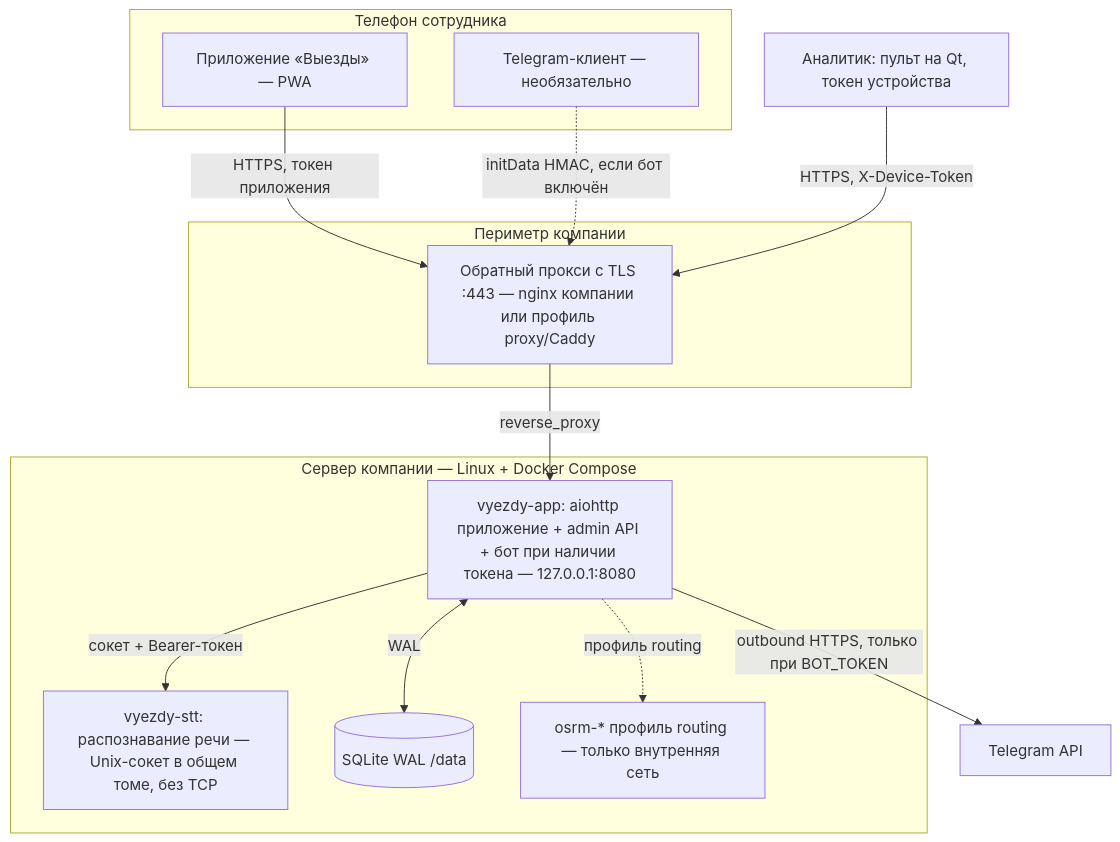
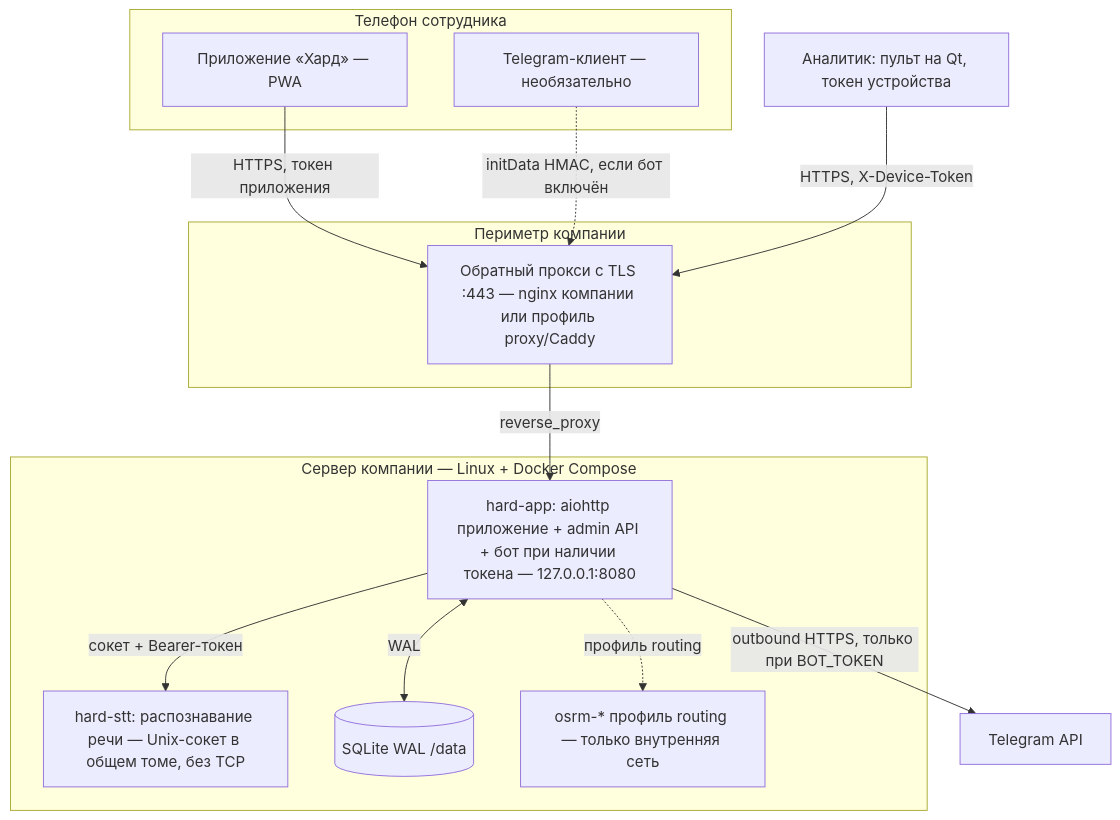
One commit to josephsteuerjr/hardbot changed the diagram in docs/security/01-architecture.md. Above: the diagram before and after it, drawn with Mermaid. The commit also changed other lines of this file and 62 other files, not shown here.

````diff
--- a/docs/security/01-architecture.md
+++ b/docs/security/01-architecture.md
@@ -40,26 +40,26 @@
 ```mermaid
 flowchart TB
   subgraph PHONE[Телефон сотрудника]
-    U[Приложение «Выезды» — PWA]
+    U[Приложение «Хард» — PWA]
     T[Telegram-клиент — необязательно]
   end
   subgraph EDGE[Периметр компании]
     PROXY[Обратный прокси с TLS :443 — nginx компании или профиль proxy/Caddy]
   end
   subgraph HOST[Сервер компании — Linux + Docker Compose]
-    APP[vyezdy-app: aiohttp приложение + admin API + бот при наличии токена — 127.0.0.1:8080]
-    STT[vyezdy-stt: распознавание речи — Unix-сокет в общем томе, без TCP]
+    APP[hard-app: aiohttp приложение + admin API + бот при наличии токена — 127.0.0.1:8080]
+    STT[hard-stt: распознавание речи — Unix-сокет в общем томе, без TCP]
     DB[(SQLite WAL /data)]
     OSRM[osrm-* профиль routing — только внутренняя сеть]
   end
   ADMIN[Аналитик: пульт на Qt, токен устройства]
 
   U -- HTTPS, токен приложения --> PROXY
   T -. initData HMAC, если бот включён .-> PROXY
   PROXY -- reverse_proxy --> APP
   APP <-- WAL --> DB
   APP -- сокет + Bearer-токен --> STT
   APP -- outbound HTTPS, только при BOT_TOKEN --> TG[Telegram API]
   APP -. профиль routing .-> OSRM
   ADMIN -- HTTPS, X-Device-Token --> PROXY
 ```
````
